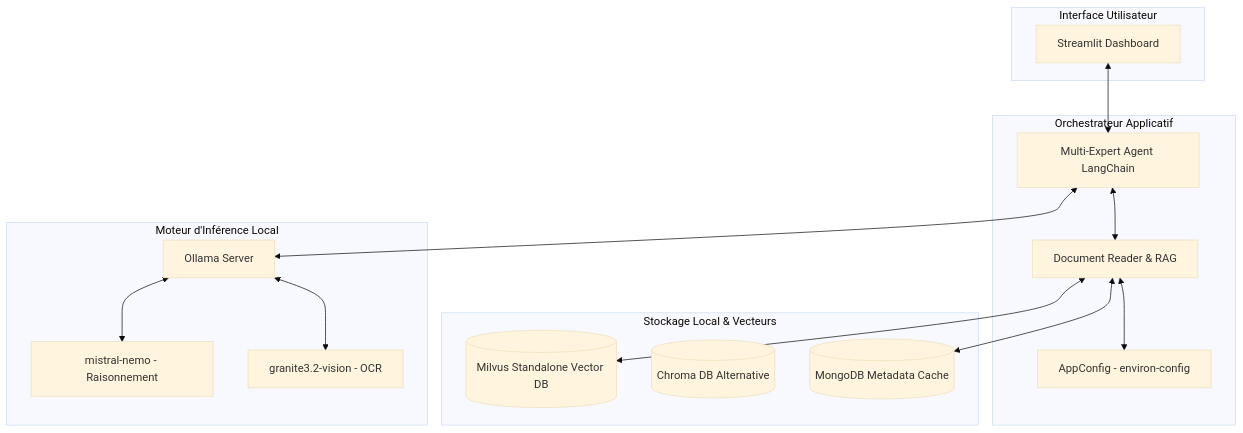
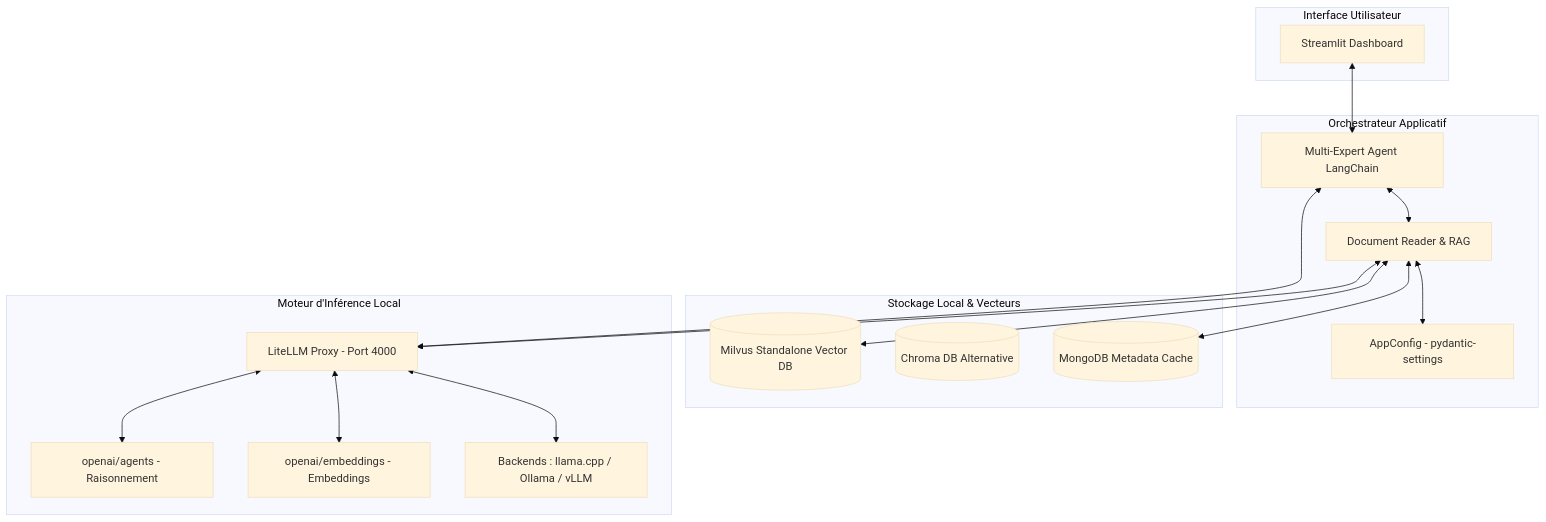
Before and after one commit to oncoflow/oncoflow: the diagram in README.md, drawn with Mermaid (base theme). The commit also changed other lines of this file, not shown here.

Commit message:
docs: update architecture and stack details for LiteLLM integration and pydantic-settings

````diff
--- a/README.md
+++ b/README.md
@@ -78,33 +78,36 @@
 ```mermaid
 flowchart TB
     subgraph UI [Interface Utilisateur]
         Streamlit[Streamlit Dashboard]
     end
 
     subgraph APP [Orchestrateur Applicatif]
         Agent[Multi-Expert Agent LangChain]
         Reader[Document Reader & RAG]
-        Config[AppConfig - environ-config]
+        Config[AppConfig - pydantic-settings]
     end
 
     subgraph DB [Stockage Local & Vecteurs]
         Milvus[(Milvus Standalone Vector DB)]
         Chroma[(Chroma DB Alternative)]
         Mongo[(MongoDB Metadata Cache)]
     end
 
     subgraph AI [Moteur d'Inférence Local]
-        Ollama[Ollama Server]
-        Mistral[mistral-nemo - Raisonnement]
-        Granite[granite3.2-vision - OCR]
+        LiteLLM[LiteLLM Proxy - Port 4000]
+        Agents[openai/agents - Raisonnement]
+        Embeddings[openai/embeddings - Embeddings]
+        Backends[Backends : llama.cpp / Ollama / vLLM]
     end
 
     Streamlit <--> Agent
     Agent <--> Reader
     Reader <--> Config
     Reader <--> Milvus
     Reader <--> Mongo
-    Agent <--> Ollama
-    Ollama <--> Mistral
-    Ollama <--> Granite
+    Reader <--> LiteLLM
+    Agent <--> LiteLLM
+    LiteLLM <--> Agents
+    LiteLLM <--> Embeddings
+    LiteLLM <--> Backends
 ```
````
